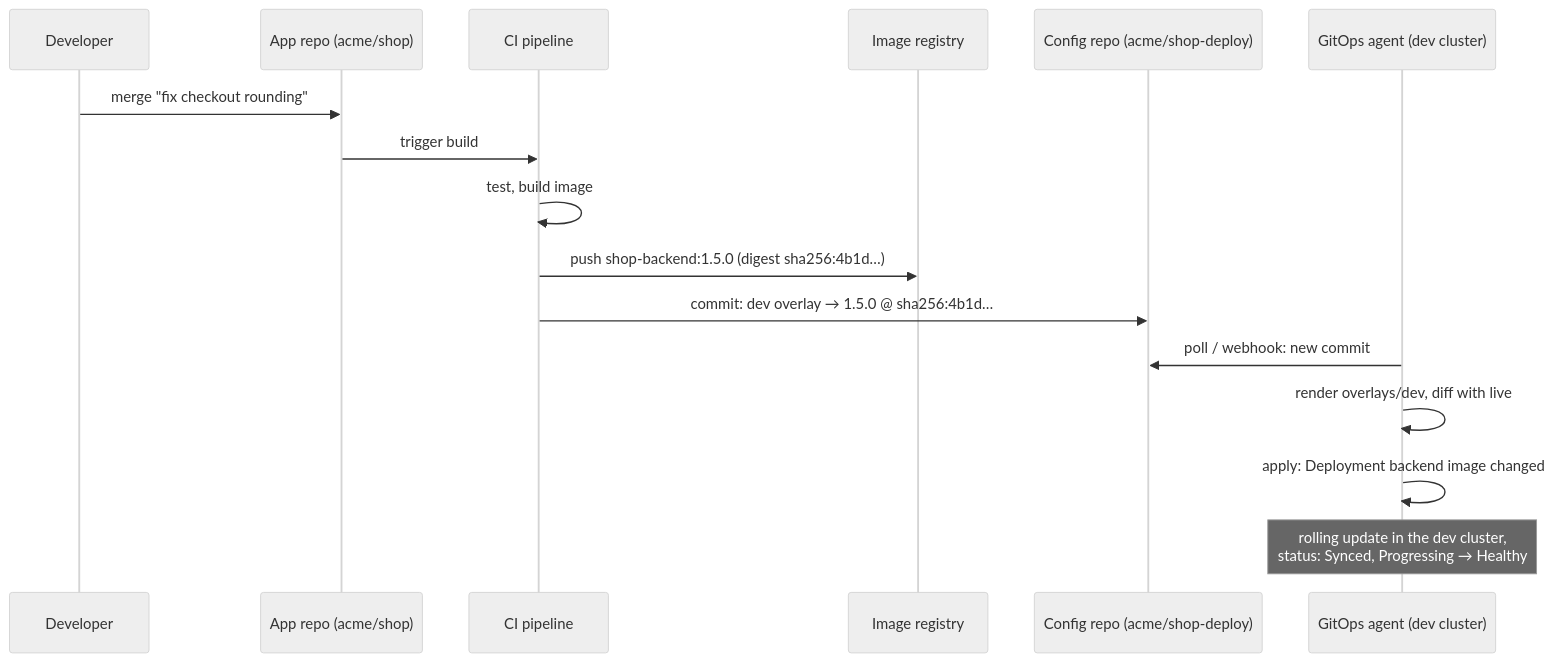
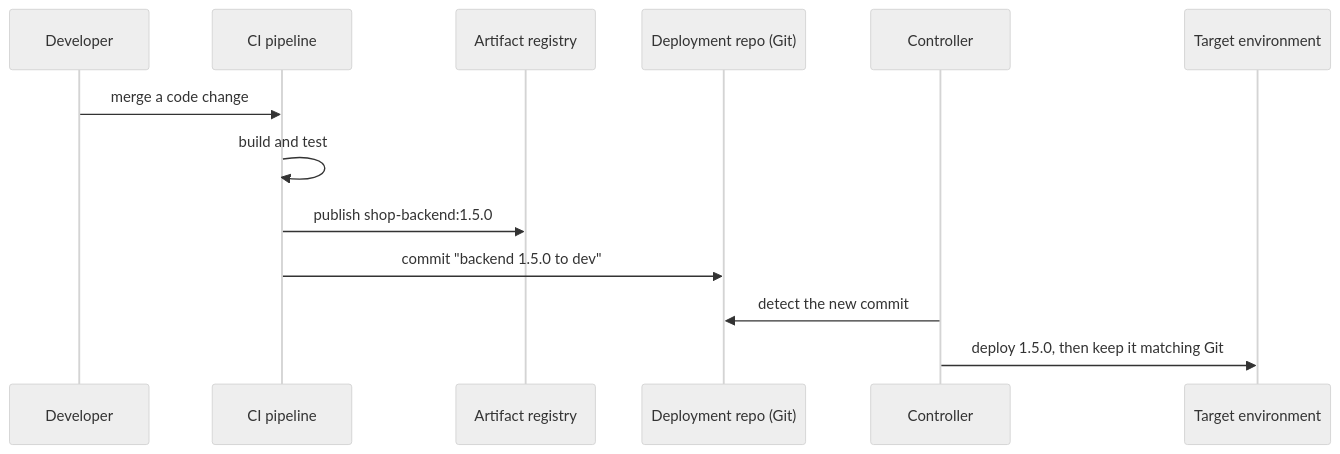
One commit to IhebBelhadj/second_brain changed the second of 2 diagrams in Areas/Infrastructure as code/GitOps/GitOps basics.md. Above: the diagram before and after it, drawn with Mermaid (neutral theme). The commit also changed other lines of this file and 7 other files, not shown here.

````diff
--- a/Areas/Infrastructure as code/GitOps/GitOps basics.md
+++ b/Areas/Infrastructure as code/GitOps/GitOps basics.md
@@ -200,18 +161,15 @@
 ```mermaid
 sequenceDiagram
     participant D as Developer
-    participant A as App repo (acme/shop)
     participant CI as CI pipeline
-    participant R as Image registry
-    participant C as Config repo (acme/shop-deploy)
-    participant G as GitOps agent (dev cluster)
-    D->>A: merge "fix checkout rounding"
-    A->>CI: trigger build
-    CI->>CI: test, build image
-    CI->>R: push shop-backend:1.5.0 (digest sha256:4b1d…)
-    CI->>C: commit: dev overlay → 1.5.0 @ sha256:4b1d…
-    G->>C: poll / webhook: new commit
-    G->>G: render overlays/dev, diff with live
-    G->>G: apply: Deployment backend image changed
-    Note over G: rolling update in the dev cluster,<br/>status: Synced, Progressing → Healthy
+    participant R as Artifact registry
+    participant G as Deployment repo (Git)
+    participant C as Controller
+    participant T as Target environment
+    D->>CI: merge a code change
+    CI->>CI: build and test
+    CI->>R: publish shop-backend:1.5.0
+    CI->>G: commit "backend 1.5.0 to dev"
+    C->>G: detect the new commit
+    C->>T: deploy 1.5.0, then keep it matching Git
 ```
````
